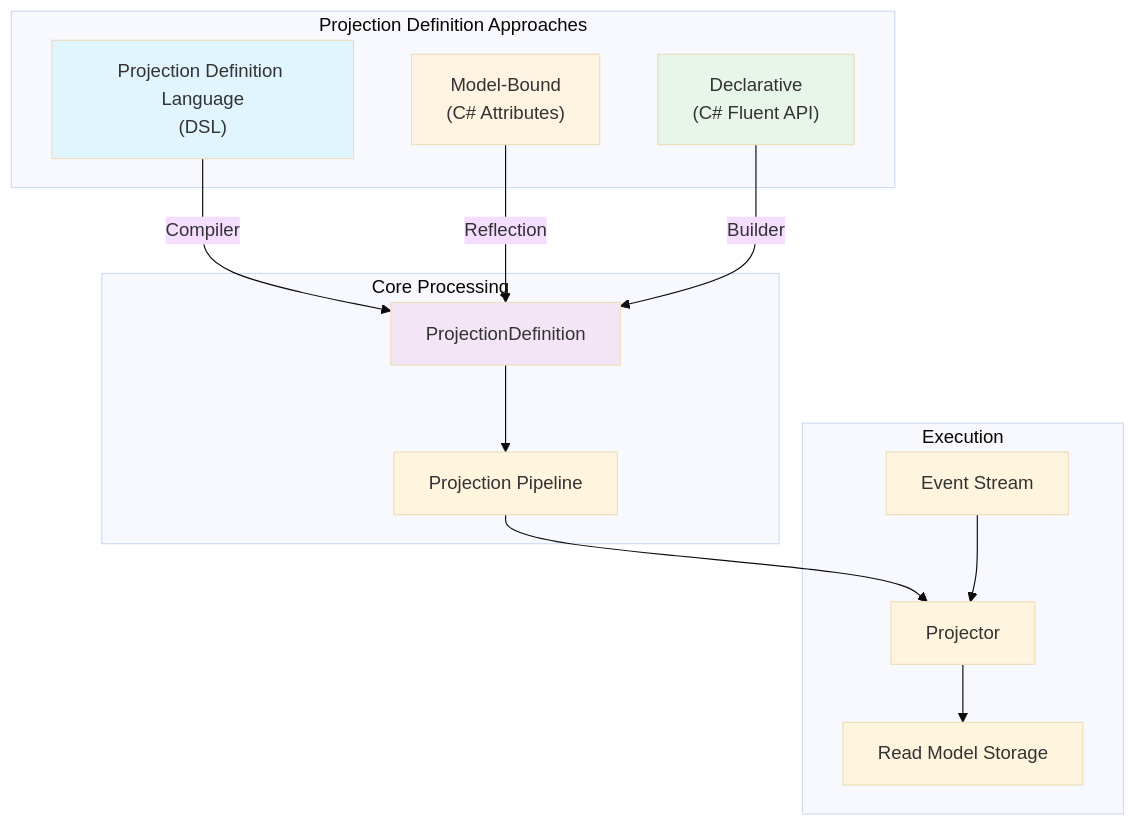
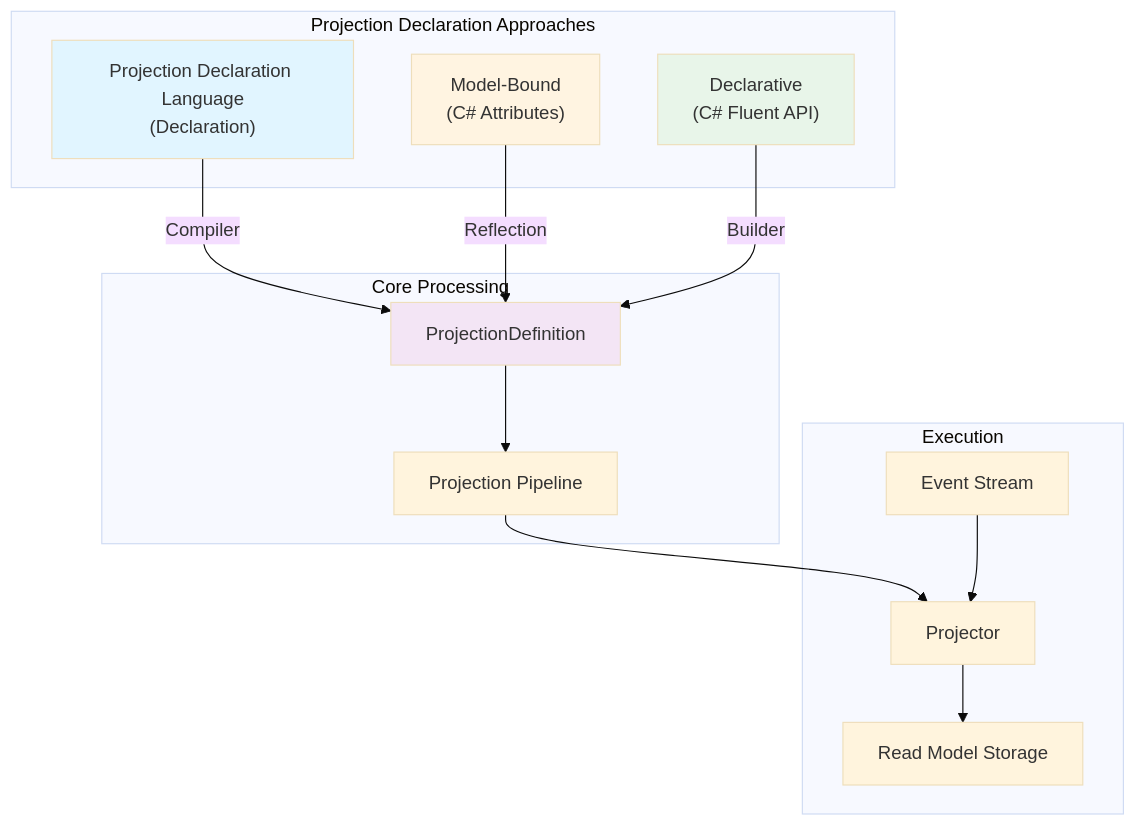
The first of 3 diagrams in Documentation/projections/architecture.md (Cratis/Chronicle), drawn with Mermaid (base theme) before and after one commit. The commit also changed other lines of this file and 145 other files, not shown here.

Commit message:
Switching to declaration for our PDL (DSL) consistently

````diff
--- a/Documentation/projections/architecture.md
+++ b/Documentation/projections/architecture.md
@@ -7,33 +7,33 @@
 ```mermaid
 graph TB
-    subgraph Input["Projection Definition Approaches"]
-        DSL["Projection Definition Language<br/>(DSL)"]
+    subgraph Input["Projection Declaration Approaches"]
+        PDL["Projection Declaration Language<br/>(Declaration)"]
         ModelBound["Model-Bound<br/>(C# Attributes)"]
         Declarative["Declarative<br/>(C# Fluent API)"]
     end
 
     subgraph Core["Core Processing"]
         Definition["ProjectionDefinition"]
         Pipeline["Projection Pipeline"]
     end
 
     subgraph Output["Execution"]
         Events["Event Stream"]
         Projector["Projector"]
         ReadModel["Read Model Storage"]
     end
 
-    DSL -->|Compiler| Definition
+    PDL -->|Compiler| Definition
     ModelBound -->|Reflection| Definition
     Declarative -->|Builder| Definition
 
     Definition --> Pipeline
     Pipeline --> Projector
     Events --> Projector
     Projector --> ReadModel
 
-    style DSL fill:#e1f5ff
+    style PDL fill:#e1f5ff
     style ModelBound fill:#fff4e1
     style Declarative fill:#e8f5e9
     style Definition fill:#f3e5f5
 ```
````
